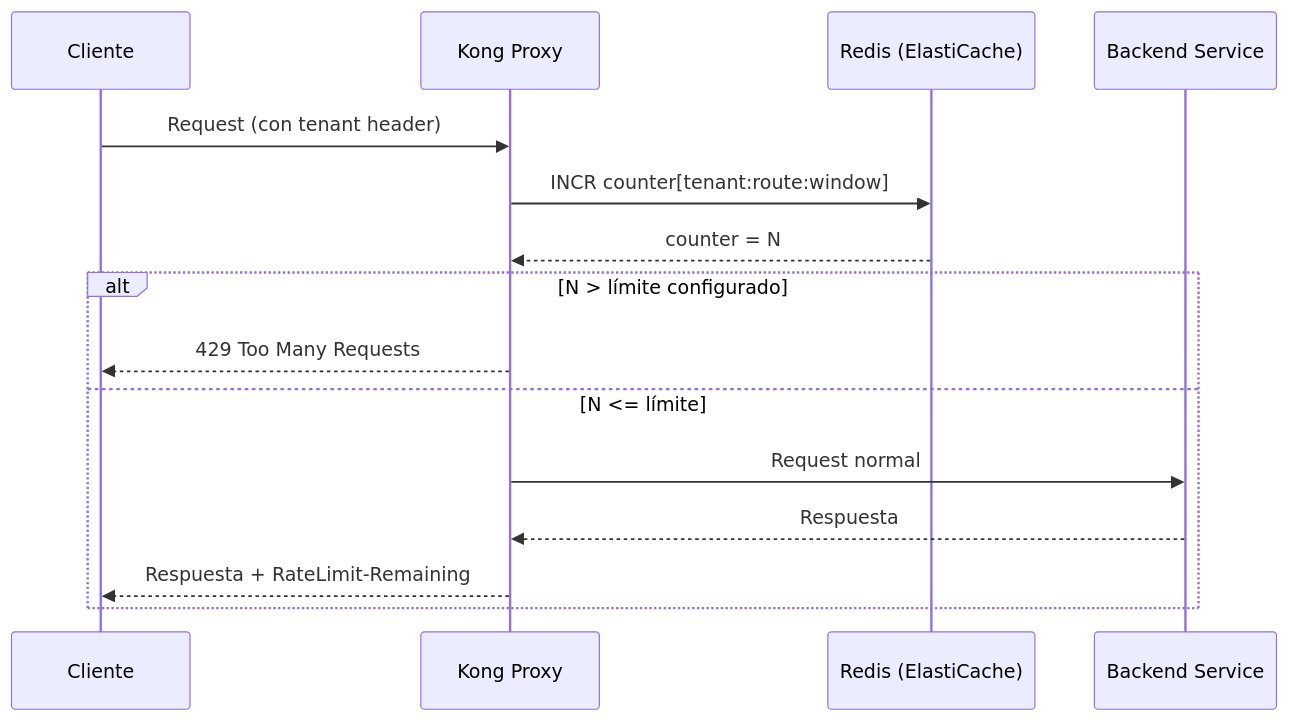
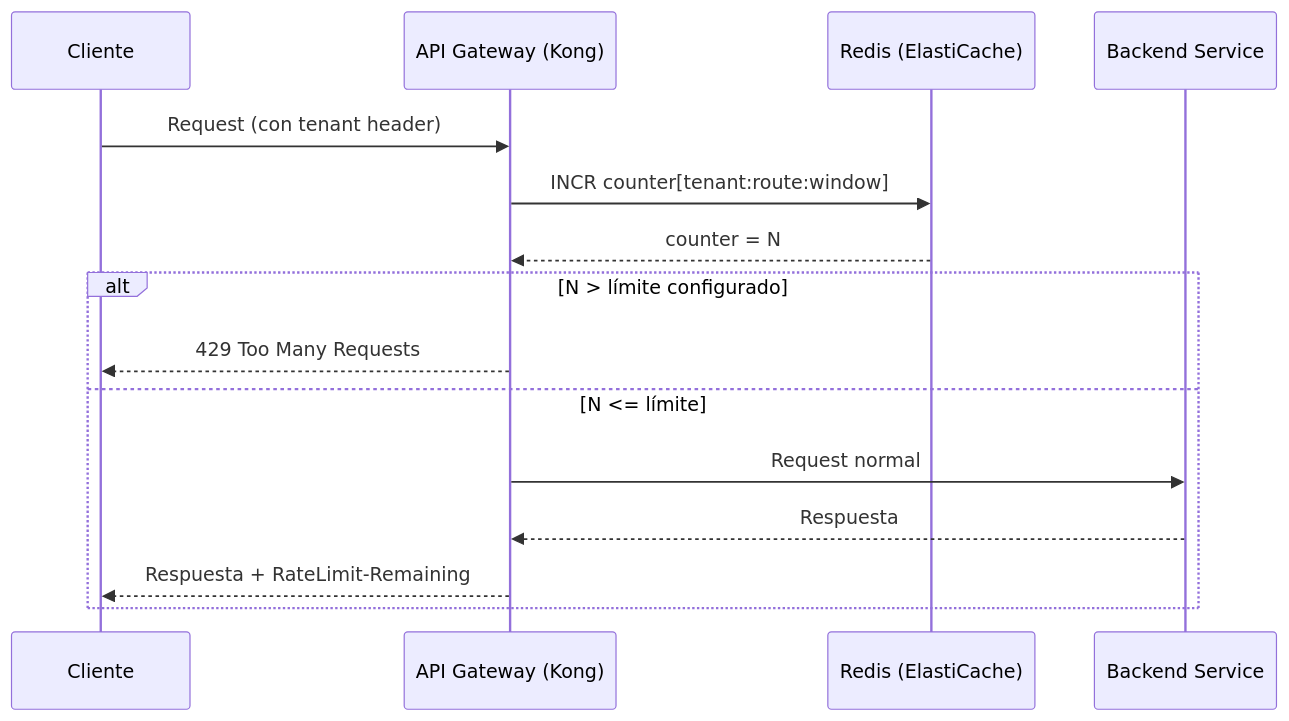
Before and after one commit to jclemente-tlm/tlm-doc-architecture: the second of 3 diagrams in docs/plataforma-corporativa/plataforma-de-integracion/api-gateway/06-vista-tiempo-ejecucion.md, drawn with Mermaid. The commit also changed other lines of this file and 5 other files, not shown here.

````diff
--- a/docs/plataforma-corporativa/plataforma-de-integracion/api-gateway/06-vista-tiempo-ejecucion.md
+++ b/docs/plataforma-corporativa/plataforma-de-integracion/api-gateway/06-vista-tiempo-ejecucion.md
@@ -38,18 +37,18 @@
 ```mermaid
 sequenceDiagram
     participant C as Cliente
-    participant K as Kong Proxy
+    participant K as API Gateway (Kong)
     participant R as Redis (ElastiCache)
     participant B as Backend Service
 
     C->>K: Request (con tenant header)
     K->>R: INCR counter[tenant:route:window]
     R-->>K: counter = N
     alt N > límite configurado
         K-->>C: 429 Too Many Requests
     else N <= límite
         K->>B: Request normal
         B-->>K: Respuesta
         K-->>C: Respuesta + RateLimit-Remaining
     end
 ```
````
